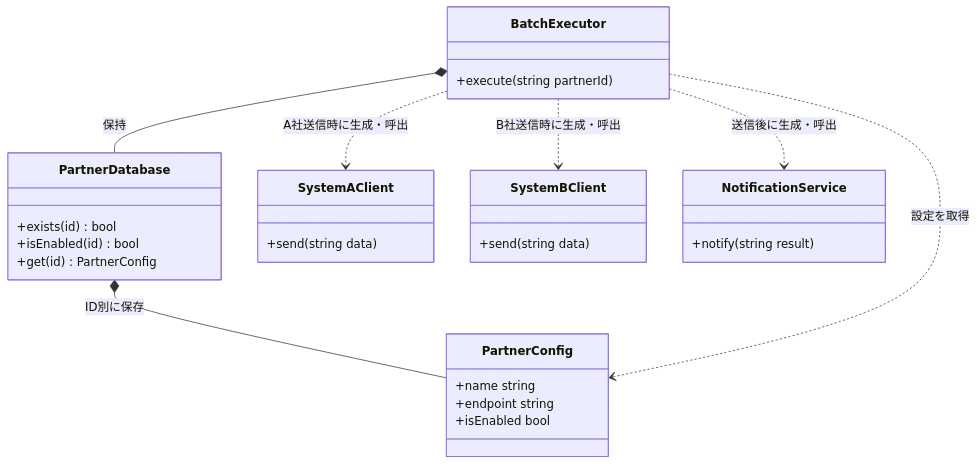
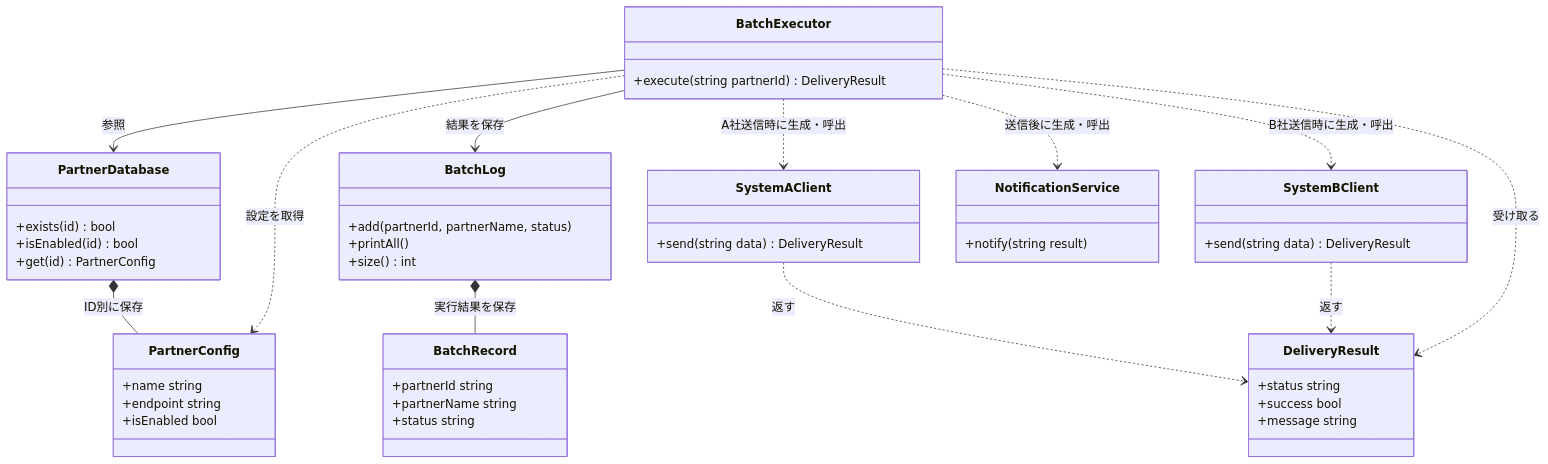
Before and after one commit to kumachan1101-pixel/DesignPattern: the third of 12 diagrams in kindle/design-patterns/output/chapter10.md, drawn with Mermaid. The commit also changed other lines of this file and 6 other files, not shown here.

````diff
--- a/kindle/design-patterns/output/chapter10.md
+++ b/kindle/design-patterns/output/chapter10.md
@@ -188,31 +192,51 @@
 ```mermaid
 classDiagram
     class PartnerConfig {
         +name string
         +endpoint string
         +isEnabled bool
     }
     class PartnerDatabase {
         +exists(id) bool
         +isEnabled(id) bool
         +get(id) PartnerConfig
     }
+    class DeliveryResult {
+        +status string
+        +success bool
+        +message string
+    }
+    class BatchRecord {
+        +partnerId string
+        +partnerName string
+        +status string
+    }
+    class BatchLog {
+        +add(partnerId, partnerName, status)
+        +printAll()
+        +size() int
+    }
     class BatchExecutor {
-        +execute(string partnerId)
+        +execute(string partnerId) DeliveryResult
     }
     class SystemAClient {
-        +send(string data)
+        +send(string data) DeliveryResult
     }
     class SystemBClient {
-        +send(string data)
+        +send(string data) DeliveryResult
     }
     class NotificationService {
         +notify(string result)
     }
     PartnerDatabase *-- PartnerConfig : ID別に保存
-    BatchExecutor *-- PartnerDatabase : 保持
+    BatchLog *-- BatchRecord : 実行結果を保存
+    BatchExecutor --> PartnerDatabase : 参照
+    BatchExecutor --> BatchLog : 結果を保存
     BatchExecutor ..> PartnerConfig : 設定を取得
+    SystemAClient ..> DeliveryResult : 返す
+    SystemBClient ..> DeliveryResult : 返す
+    BatchExecutor ..> DeliveryResult : 受け取る
     BatchExecutor ..> SystemAClient : A社送信時に生成・呼出
     BatchExecutor ..> SystemBClient : B社送信時に生成・呼出
     BatchExecutor ..> NotificationService : 送信後に生成・呼出
 ```
````
